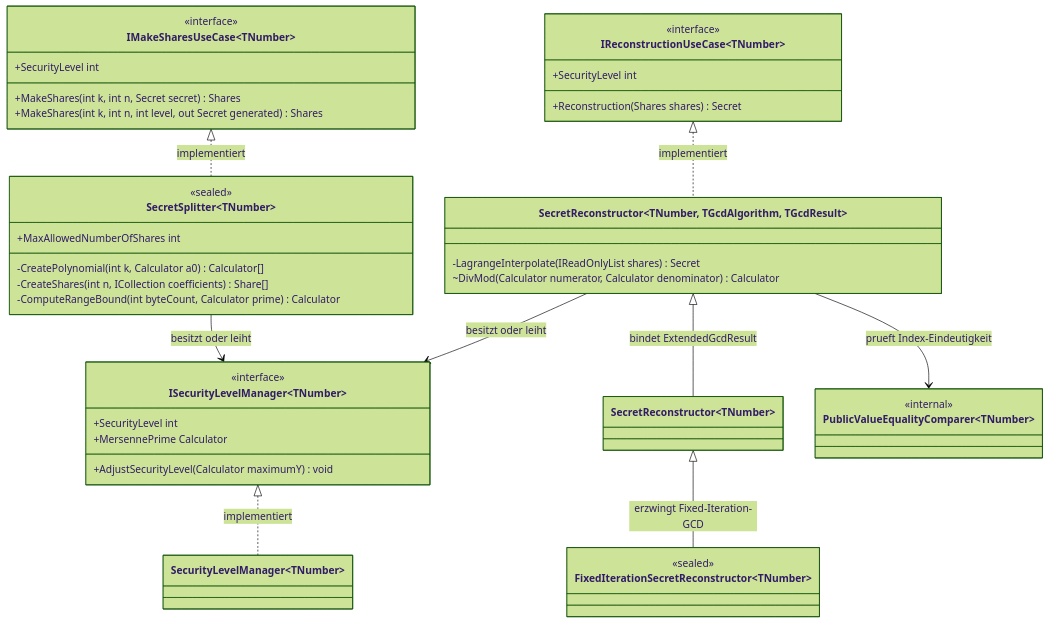
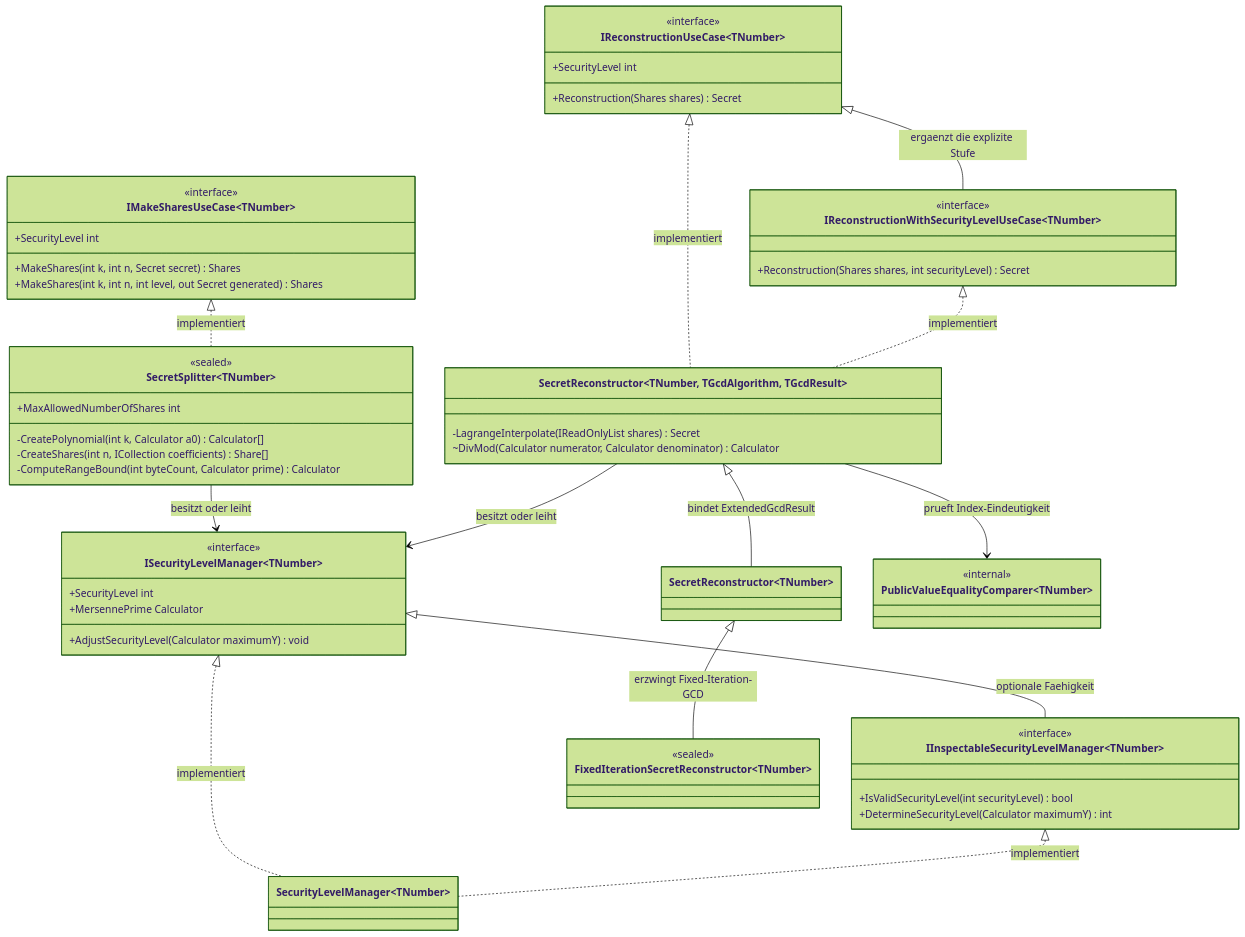
One commit to shinji-san/SecretSharingDotNet changed the fourth of 10 diagrams in docs/architecture/arc42.de.md. Above: the diagram before and after it, drawn with Mermaid (forest theme). The commit also changed other lines of this file and 3 other files, not shown here.

````diff
--- a/docs/architecture/arc42.de.md
+++ b/docs/architecture/arc42.de.md
@@ -405,48 +420,61 @@
 ```mermaid
 classDiagram
   class iMakeShares["IMakeSharesUseCase&lt;TNumber&gt;"] {
     <<interface>>
     +SecurityLevel int
     +MakeShares(int k, int n, Secret secret) Shares
     +MakeShares(int k, int n, int level, out Secret generated) Shares
   }
   class iReconstruction["IReconstructionUseCase&lt;TNumber&gt;"] {
     <<interface>>
     +SecurityLevel int
     +Reconstruction(Shares shares) Secret
   }
+  class iReconLevel["IReconstructionWithSecurityLevelUseCase&lt;TNumber&gt;"] {
+    <<interface>>
+    +Reconstruction(Shares shares, int securityLevel) Secret
+  }
   class iSlm["ISecurityLevelManager&lt;TNumber&gt;"] {
     <<interface>>
     +SecurityLevel int
     +MersennePrime Calculator
     +AdjustSecurityLevel(Calculator maximumY) void
+  }
+  class iInspectable["IInspectableSecurityLevelManager&lt;TNumber&gt;"] {
+    <<interface>>
+    +IsValidSecurityLevel(int securityLevel) bool
+    +DetermineSecurityLevel(Calculator maximumY) int
   }
   class splitter["SecretSplitter&lt;TNumber&gt;"] {
     <<sealed>>
     +MaxAllowedNumberOfShares int
     -CreatePolynomial(int k, Calculator a0) Calculator[]
     -CreateShares(int n, ICollection coefficients) Share[]
     -ComputeRangeBound(int byteCount, Calculator prime) Calculator
   }
   class recBase["SecretReconstructor&lt;TNumber, TGcdAlgorithm, TGcdResult&gt;"] {
     -LagrangeInterpolate(IReadOnlyList shares) Secret
     ~DivMod(Calculator numerator, Calculator denominator) Calculator
   }
   class rec["SecretReconstructor&lt;TNumber&gt;"]
   class recFixed["FixedIterationSecretReconstructor&lt;TNumber&gt;"] {
     <<sealed>>
   }
   class slm["SecurityLevelManager&lt;TNumber&gt;"]
   class cmp["PublicValueEqualityComparer&lt;TNumber&gt;"] {
     <<internal>>
   }
 
   iMakeShares <|.. splitter : implementiert
+  iReconstruction <|-- iReconLevel : ergaenzt die explizite Stufe
   iReconstruction <|.. recBase : implementiert
+  iReconLevel <|.. recBase : implementiert
   recBase <|-- rec : bindet ExtendedGcdResult
   rec <|-- recFixed : erzwingt Fixed-Iteration-GCD
+  iSlm <|-- iInspectable : optionale Faehigkeit
   iSlm <|.. slm : implementiert
+  iInspectable <|.. slm : implementiert
   splitter --> iSlm : besitzt oder leiht
   recBase --> iSlm : besitzt oder leiht
   recBase --> cmp : prueft Index-Eindeutigkeit
 ```
````
